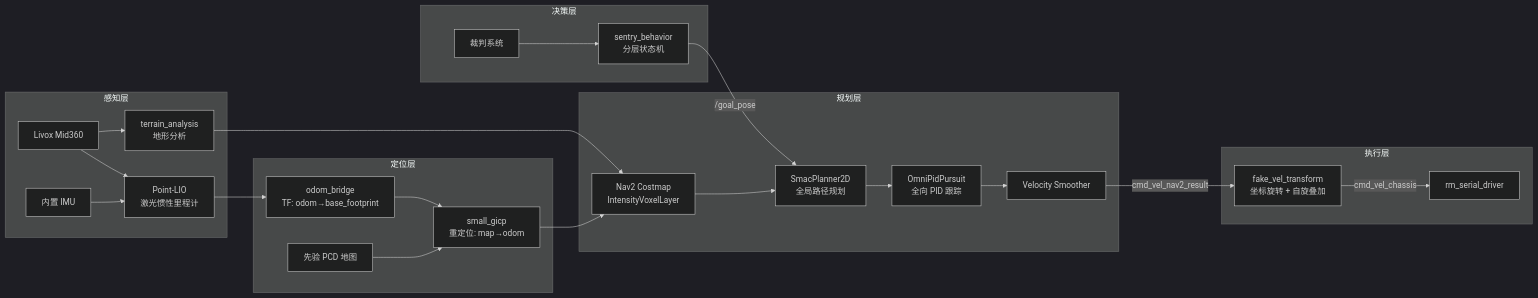
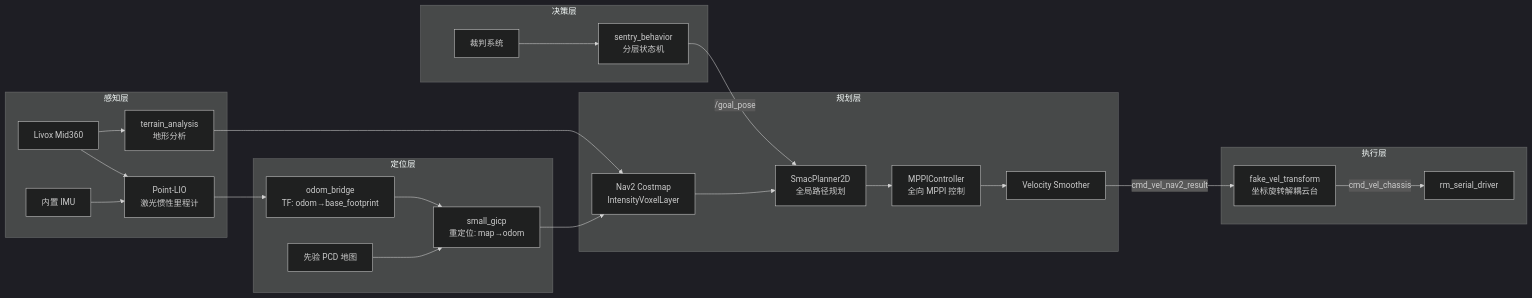
The diagram in README.md (Boombroke/omni_navigation), drawn with Mermaid (dark theme) before and after one commit. The commit also changed other lines of this file and 11 other files, not shown here.

````diff
--- a/README.md
+++ b/README.md
@@ -15,32 +15,32 @@
 ```mermaid
 graph LR
     subgraph 感知层
         LiDAR[Livox Mid360] --> PL[Point-LIO<br/>激光惯性里程计]
         IMU[内置 IMU] --> PL
         LiDAR --> TA[terrain_analysis<br/>地形分析]
     end
 
     subgraph 定位层
         PL --> OB[odom_bridge<br/>TF: odom→base_footprint]
         PCD[先验 PCD 地图] --> GICP[small_gicp<br/>重定位: map→odom]
         OB --> GICP
     end
 
     subgraph 规划层
         GICP --> CM[Nav2 Costmap<br/>IntensityVoxelLayer]
         TA --> CM
         CM --> GP[SmacPlanner2D<br/>全局路径规划]
-        GP --> LP[OmniPidPursuit<br/>全向 PID 跟踪]
+        GP --> LP[MPPIController<br/>全向 MPPI 控制]
         LP --> VS[Velocity Smoother]
     end
 
     subgraph 决策层
         REF[裁判系统] --> BT[sentry_behavior<br/>分层状态机]
         BT -->|/goal_pose| GP
     end
 
     subgraph 执行层
-        VS -->|cmd_vel_nav2_result| FVT[fake_vel_transform<br/>坐标旋转 + 自旋叠加]
+        VS -->|cmd_vel_nav2_result| FVT[fake_vel_transform<br/>坐标旋转解耦云台]
         FVT -->|cmd_vel_chassis| SER[rm_serial_driver]
     end
 ```
````
